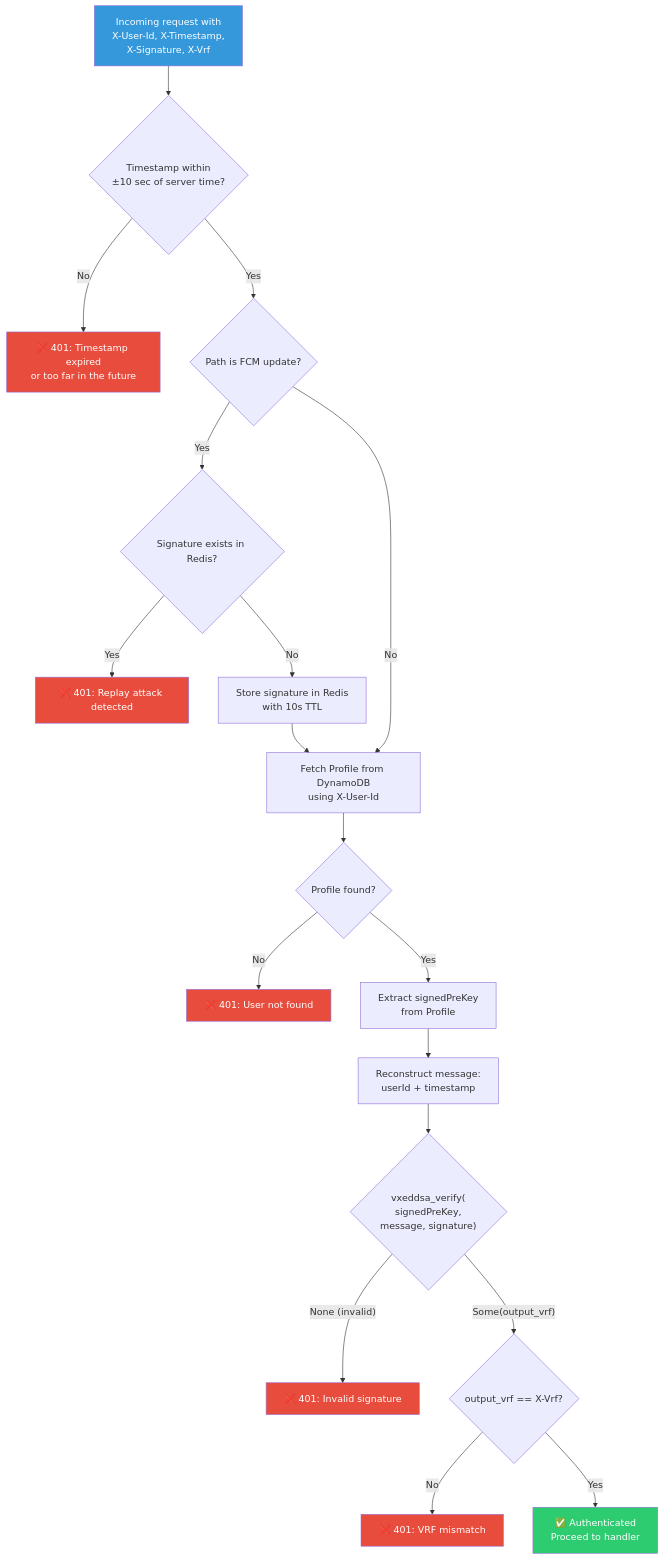
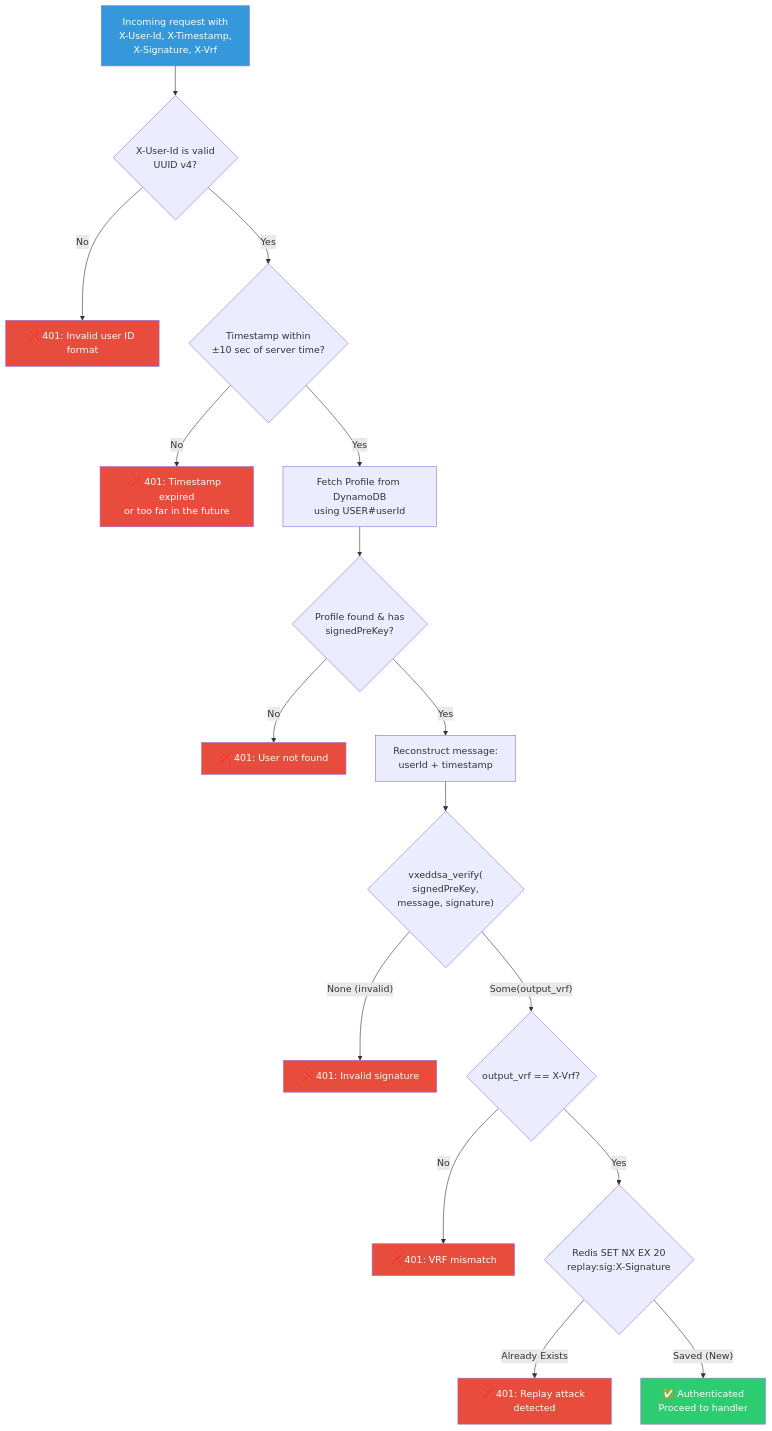
One commit to debarkamondal/khamoshchat-api changed the fifth of 6 diagrams in docs/cryptographic_flows.md. Above: the diagram before and after it, drawn with Mermaid. The commit also changed other lines of this file and 4 other files, not shown here.

````diff
--- a/docs/cryptographic_flows.md
+++ b/docs/cryptographic_flows.md
@@ -176,28 +186,27 @@
 ```mermaid
 flowchart TD
-    A["Incoming request with<br/>X-User-Id, X-Timestamp,<br/>X-Signature, X-Vrf"] --> B{"Timestamp within<br/>±10 sec of server time?"}
-    B -- No --> ERR1["❌ 401: Timestamp expired<br/>or too far in the future"]
-    B -- Yes --> B2{"Path is FCM update?"}
-    B2 -- Yes --> B3{"Signature exists in Redis?"}
-    B3 -- Yes --> ERR5["❌ 401: Replay attack detected"]
-    B3 -- No --> B4["Store signature in Redis<br/>with 10s TTL"]
-    B4 --> C["Fetch Profile from DynamoDB<br/>using X-User-Id"]
-    B2 -- No --> C
-    C --> D{"Profile found?"}
+    A["Incoming request with<br/>X-User-Id, X-Timestamp,<br/>X-Signature, X-Vrf"] --> B1{"X-User-Id is valid<br/>UUID v4?"}
+    B1 -- No --> ERR0["❌ 401: Invalid user ID format"]
+    B1 -- Yes --> B2{"Timestamp within<br/>±10 sec of server time?"}
+    B2 -- No --> ERR1["❌ 401: Timestamp expired<br/>or too far in the future"]
+    B2 -- Yes --> C["Fetch Profile from DynamoDB<br/>using USER#userId"]
+    C --> D{"Profile found & has<br/>signedPreKey?"}
     D -- No --> ERR2["❌ 401: User not found"]
-    D -- Yes --> E["Extract signedPreKey<br/>from Profile"]
-    E --> F["Reconstruct message:<br/>userId + timestamp"]
-    F --> G{"vxeddsa_verify(<br/>signedPreKey,<br/>message, signature)"}
-    G -- "None (invalid)" --> ERR3["❌ 401: Invalid signature"]
-    G -- "Some(output_vrf)" --> H{"output_vrf == X-Vrf?"}
-    H -- No --> ERR4["❌ 401: VRF mismatch"]
-    H -- Yes --> I["✅ Authenticated<br/>Proceed to handler"]
+    D -- Yes --> E["Reconstruct message:<br/>userId + timestamp"]
+    E --> F{"vxeddsa_verify(<br/>signedPreKey,<br/>message, signature)"}
+    F -- "None (invalid)" --> ERR3["❌ 401: Invalid signature"]
+    F -- "Some(output_vrf)" --> G{"output_vrf == X-Vrf?"}
+    G -- No --> ERR4["❌ 401: VRF mismatch"]
+    G -- Yes --> H{"Redis SET NX EX 20<br/>replay:sig:X-Signature"}
+    H -- "Already Exists" --> ERR5["❌ 401: Replay attack detected"]
+    H -- "Saved (New)" --> I["✅ Authenticated<br/>Proceed to handler"]
 
     style A fill:#3498db,color:#fff
     style I fill:#2ecc71,color:#fff
+    style ERR0 fill:#e74c3c,color:#fff
     style ERR1 fill:#e74c3c,color:#fff
     style ERR2 fill:#e74c3c,color:#fff
     style ERR3 fill:#e74c3c,color:#fff
     style ERR4 fill:#e74c3c,color:#fff
     style ERR5 fill:#e74c3c,color:#fff
 ```
````
